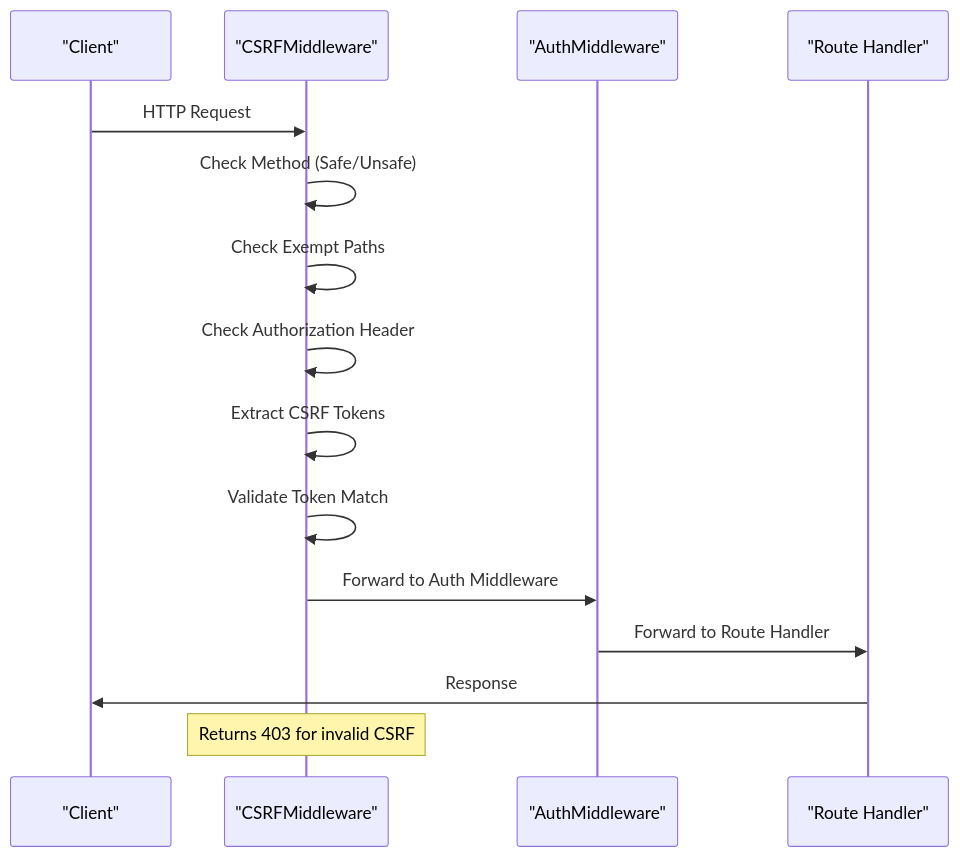
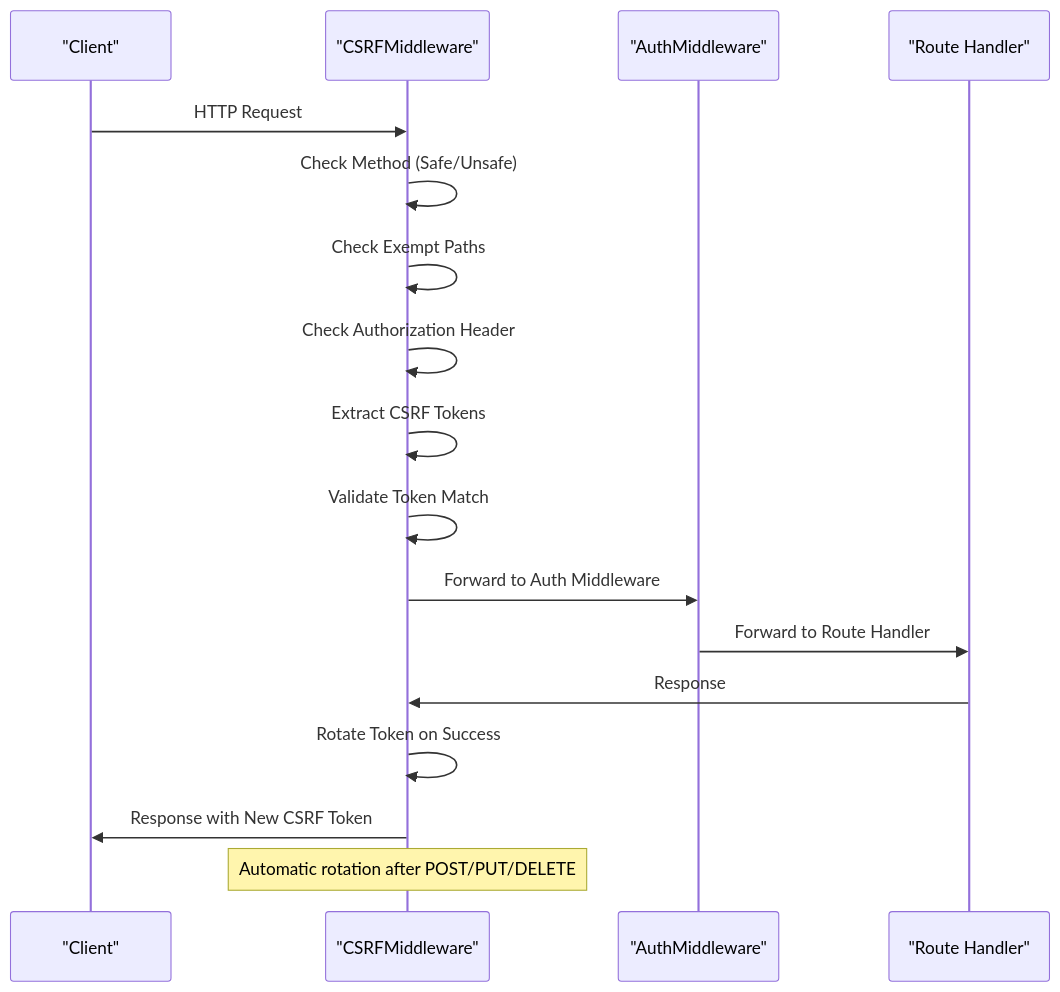
One commit to Revanththetalogics/aireume changed the third of 7 diagrams in .qoder/repowiki/en/content/Advanced Topics/Security Hardening/CSRF Protection Middleware.md. Above: the diagram before and after it, drawn with Mermaid. The commit also changed other lines of this file and 33 other files, not shown here.

````diff
--- a/.qoder/repowiki/en/content/Advanced Topics/Security Hardening/CSRF Protection Middleware.md
+++ b/.qoder/repowiki/en/content/Advanced Topics/Security Hardening/CSRF Protection Middleware.md
@@ -122,17 +132,19 @@
 ```mermaid
 sequenceDiagram
 participant Client as "Client"
 participant CSRF as "CSRFMiddleware"
 participant Auth as "AuthMiddleware"
 participant Route as "Route Handler"
 Client->>CSRF : HTTP Request
 CSRF->>CSRF : Check Method (Safe/Unsafe)
 CSRF->>CSRF : Check Exempt Paths
 CSRF->>CSRF : Check Authorization Header
 CSRF->>CSRF : Extract CSRF Tokens
 CSRF->>CSRF : Validate Token Match
 CSRF->>Auth : Forward to Auth Middleware
 Auth->>Route : Forward to Route Handler
-Route->>Client : Response
-Note over CSRF : Returns 403 for invalid CSRF
+Route->>CSRF : Response
+CSRF->>CSRF : Rotate Token on Success
+CSRF->>Client : Response with New CSRF Token
+Note over CSRF : Automatic rotation after POST/PUT/DELETE
 ```
````
